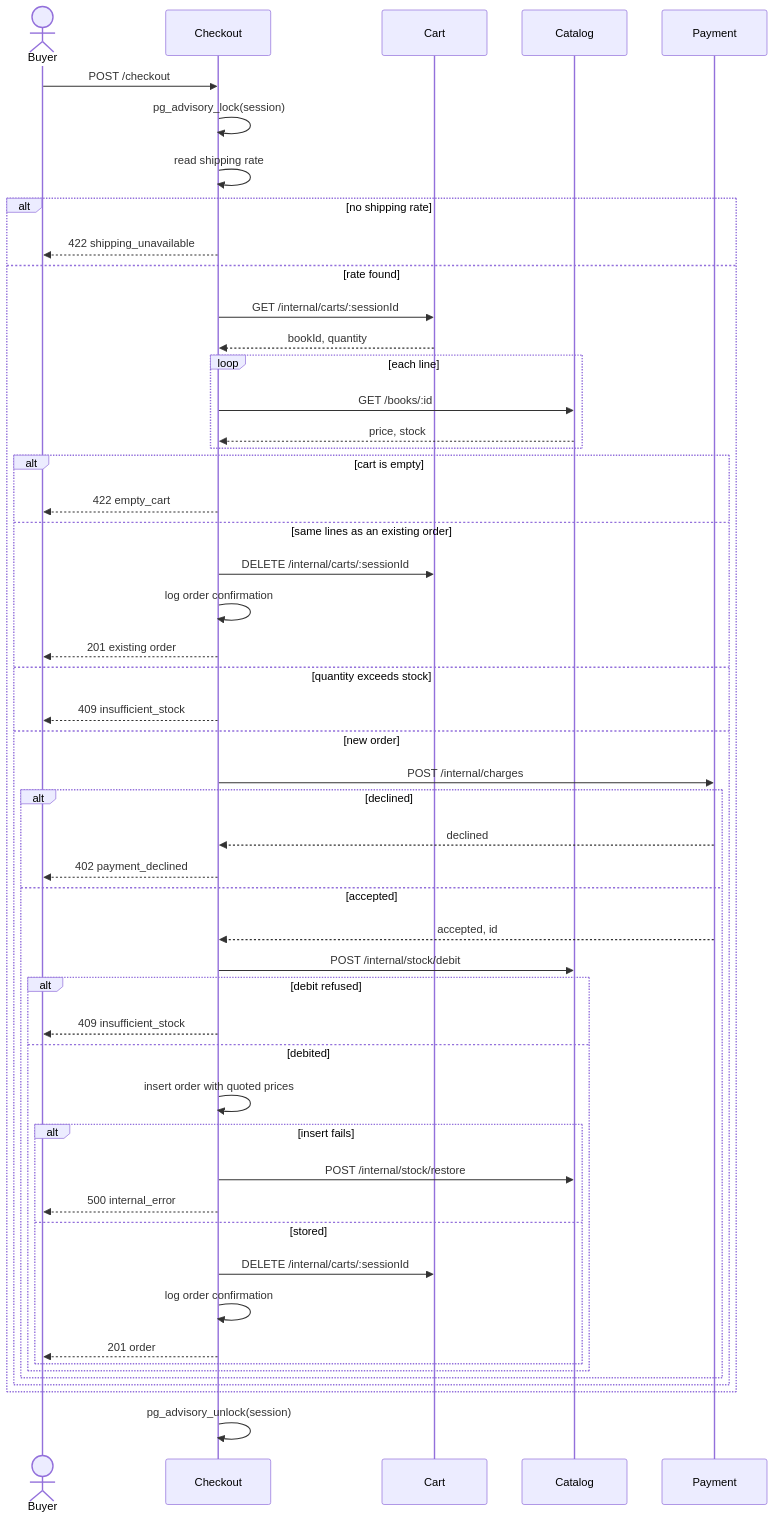
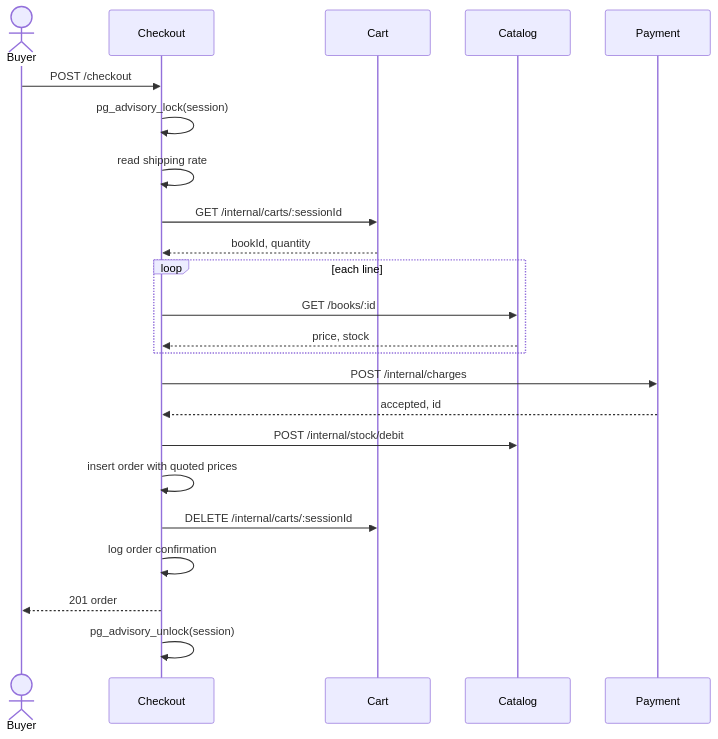
The diagram in README.md (sergiohdljr/livraria-independente), drawn with Mermaid before and after one commit.

Commit message:
Show only the checkout happy path in the sequence diagram.

````diff
--- a/README.md
+++ b/README.md
@@ -25,54 +25,26 @@
 ```mermaid
 sequenceDiagram
     actor Buyer
     participant Checkout
     participant Cart
     participant Catalog
     participant Payment
 
     Buyer->>Checkout: POST /checkout
     Checkout->>Checkout: pg_advisory_lock(session)
     Checkout->>Checkout: read shipping rate
-    alt no shipping rate
-        Checkout-->>Buyer: 422 shipping_unavailable
-    else rate found
-        Checkout->>Cart: GET /internal/carts/:sessionId
-        Cart-->>Checkout: bookId, quantity
-        loop each line
-            Checkout->>Catalog: GET /books/:id
-            Catalog-->>Checkout: price, stock
-        end
-        alt cart is empty
-            Checkout-->>Buyer: 422 empty_cart
-        else same lines as an existing order
-            Checkout->>Cart: DELETE /internal/carts/:sessionId
-            Checkout->>Checkout: log order confirmation
-            Checkout-->>Buyer: 201 existing order
-        else quantity exceeds stock
-            Checkout-->>Buyer: 409 insufficient_stock
-        else new order
-            Checkout->>Payment: POST /internal/charges
-            alt declined
-                Payment-->>Checkout: declined
-                Checkout-->>Buyer: 402 payment_declined
-            else accepted
-                Payment-->>Checkout: accepted, id
-                Checkout->>Catalog: POST /internal/stock/debit
-                alt debit refused
-                    Checkout-->>Buyer: 409 insufficient_stock
-                else debited
-                    Checkout->>Checkout: insert order with quoted prices
-                    alt insert fails
-                        Checkout->>Catalog: POST /internal/stock/restore
-                        Checkout-->>Buyer: 500 internal_error
-                    else stored
-                        Checkout->>Cart: DELETE /internal/carts/:sessionId
-                        Checkout->>Checkout: log order confirmation
-                        Checkout-->>Buyer: 201 order
-                    end
-                end
-            end
-        end
+    Checkout->>Cart: GET /internal/carts/:sessionId
+    Cart-->>Checkout: bookId, quantity
+    loop each line
+        Checkout->>Catalog: GET /books/:id
+        Catalog-->>Checkout: price, stock
     end
+    Checkout->>Payment: POST /internal/charges
+    Payment-->>Checkout: accepted, id
+    Checkout->>Catalog: POST /internal/stock/debit
+    Checkout->>Checkout: insert order with quoted prices
+    Checkout->>Cart: DELETE /internal/carts/:sessionId
+    Checkout->>Checkout: log order confirmation
+    Checkout-->>Buyer: 201 order
     Checkout->>Checkout: pg_advisory_unlock(session)
 ```
````
